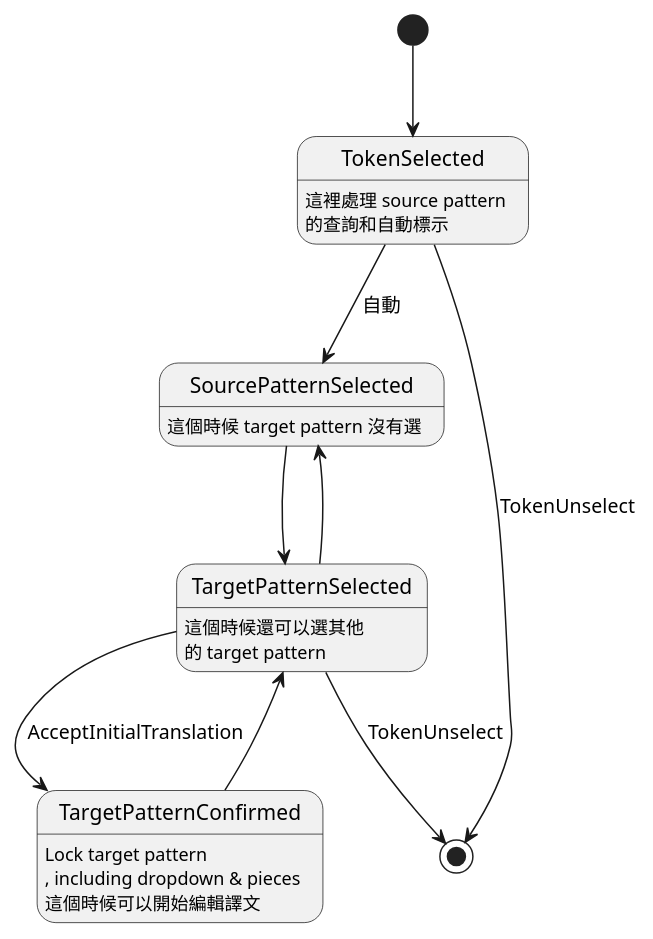
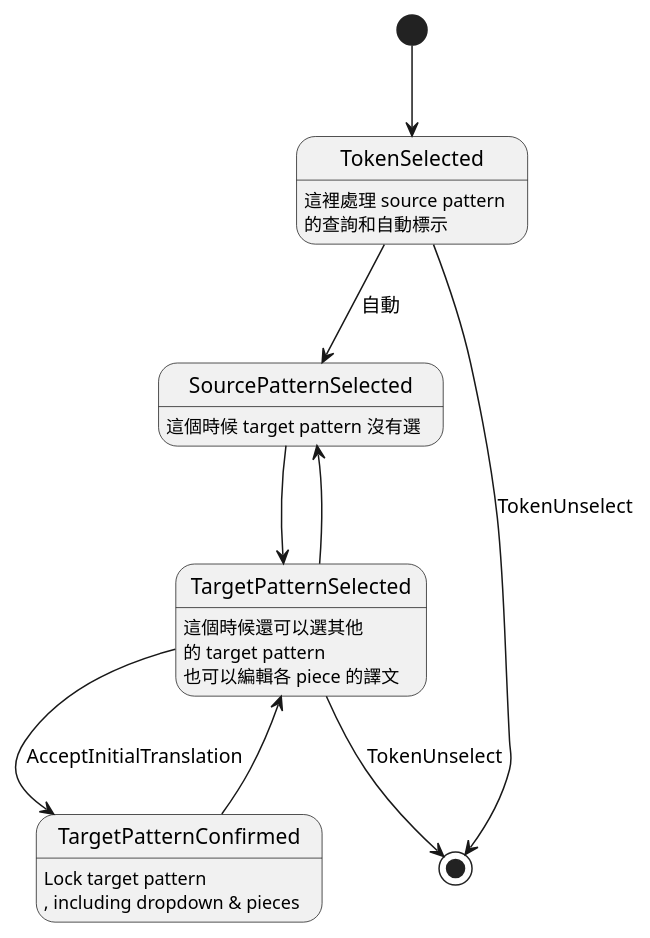
Before and after one commit to platinumwill/vue-dependency-graph: the diagram in sd/segment.puml, drawn with PlantUML. The commit also changed 1 other file, not shown here.

Commit message:
補齊 target pattern 選單的 disabled 控制

```diff
--- a/sd/segment.puml
+++ b/sd/segment.puml
@@ -1,22 +1,22 @@
 @startuml segment lifecycle
 hide empty description
 [*] --> TokenSelected
 state TokenSelected {
 
 }
 TokenSelected --> SourcePatternSelected: 自動
 TokenSelected: 這裡處理 source pattern
 TokenSelected: 的查詢和自動標示
 SourcePatternSelected --> TargetPatternSelected
 SourcePatternSelected: 這個時候 target pattern 沒有選
 TargetPatternSelected: 這個時候還可以選其他
 TargetPatternSelected: 的 target pattern
+TargetPatternSelected: 也可以編輯各 piece 的譯文
 TokenSelected --> [*] : TokenUnselect
 TargetPatternSelected --> SourcePatternSelected
 TargetPatternSelected --> TargetPatternConfirmed : AcceptInitialTranslation
 TargetPatternConfirmed --> TargetPatternSelected
 TargetPatternConfirmed: Lock target pattern
 TargetPatternConfirmed: , including dropdown & pieces
-TargetPatternConfirmed: 這個時候可以開始編輯譯文
 TargetPatternSelected --> [*] : TokenUnselect
 @enduml
```
